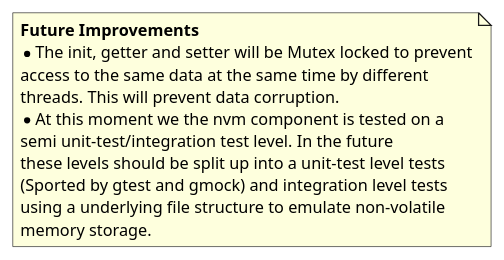
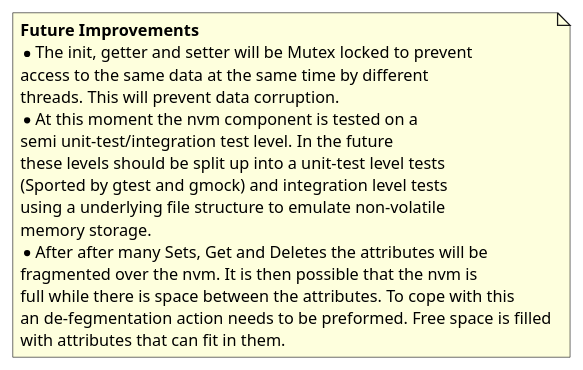
One commit to kevinwong1983/AttributeAllocationTable changed the third of 6 diagrams in doc/design.md. Above: the diagram before and after it, drawn with PlantUML. The commit also changed other lines of this file and 2 other files, not shown here.

Commit message:
doc: updated future impovement

```diff
--- a/doc/design.md
+++ b/doc/design.md
@@ -129,16 +127,21 @@
 @startuml FutureImprovements
 
 note as N1
 	<b>Future Improvements
 	* The init, getter and setter will be Mutex locked to prevent
 	access to the same data at the same time by different
 	threads. This will prevent data corruption.
-	* At this moment we the nvm component is tested on a
+	* At this moment the nvm component is tested on a
 	semi unit-test/integration test level. In the future
 	these levels should be split up into a unit-test level tests
 	(Sported by gtest and gmock) and integration level tests
 	using a underlying file structure to emulate non-volatile
 	memory storage.
+	* After after many Sets, Get and Deletes the attributes will be
+	fragmented over the nvm. It is then possible that the nvm is
+	full while there is space between the attributes. To cope with this
+	an de-fegmentation action needs to be preformed. Free space is filled
+	with attributes that can fit in them.   
 end note
 
 @enduml
```
